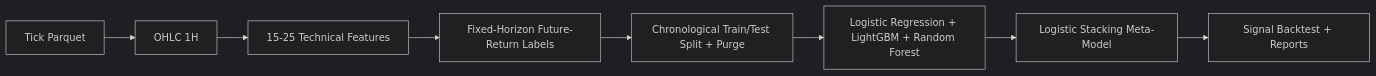
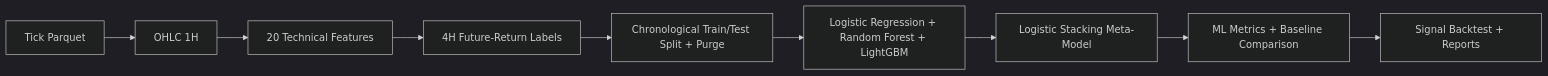
Before and after one commit to ultimateBroK/thesis-compact: the diagram in README.md, drawn with Mermaid (dark theme). The commit also changed other lines of this file and 8 other files, not shown here.

````diff
--- a/README.md
+++ b/README.md
@@ -7,10 +7,11 @@
 ```mermaid
 flowchart LR
     A[Tick Parquet] --> B[OHLC 1H]
-    B --> C[15-25 Technical Features]
-    C --> D[Fixed-Horizon Future-Return Labels]
+    B --> C[20 Technical Features]
+    C --> D[4H Future-Return Labels]
     D --> E[Chronological Train/Test Split + Purge]
-    E --> F[Logistic Regression + LightGBM + Random Forest]
+    E --> F[Logistic Regression + Random Forest + LightGBM]
     F --> G[Logistic Stacking Meta-Model]
-    G --> H[Signal Backtest + Reports]
+    G --> H[ML Metrics + Baseline Comparison]
+    H --> I[Signal Backtest + Reports]
 ```
````
